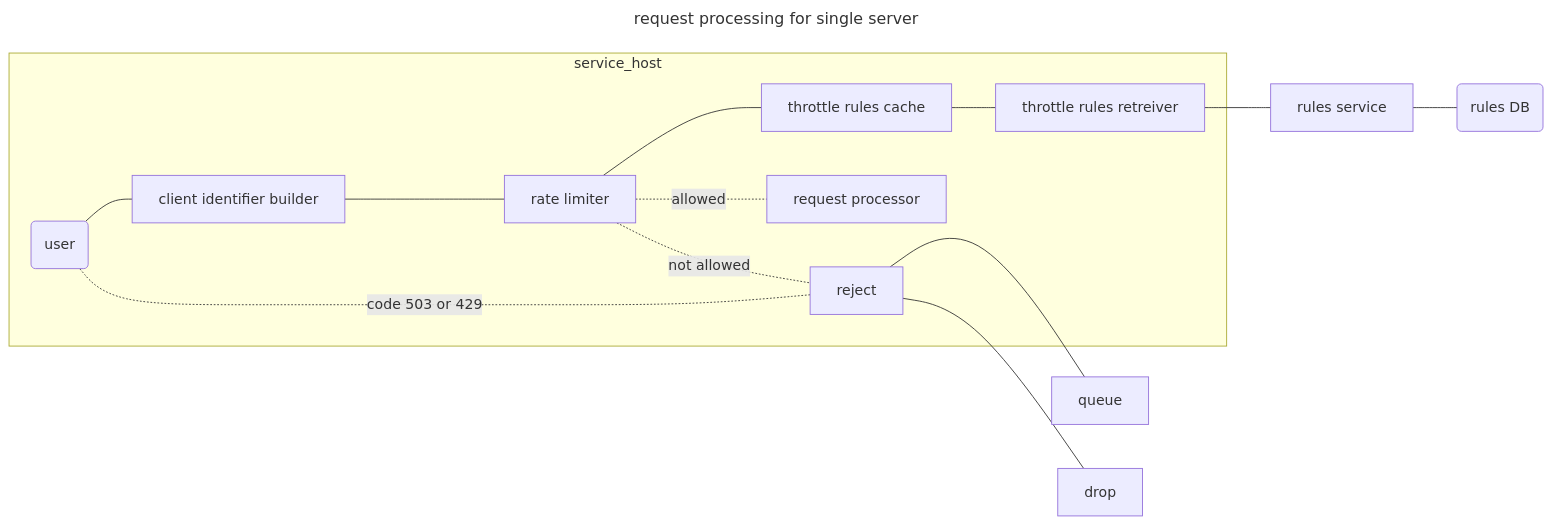
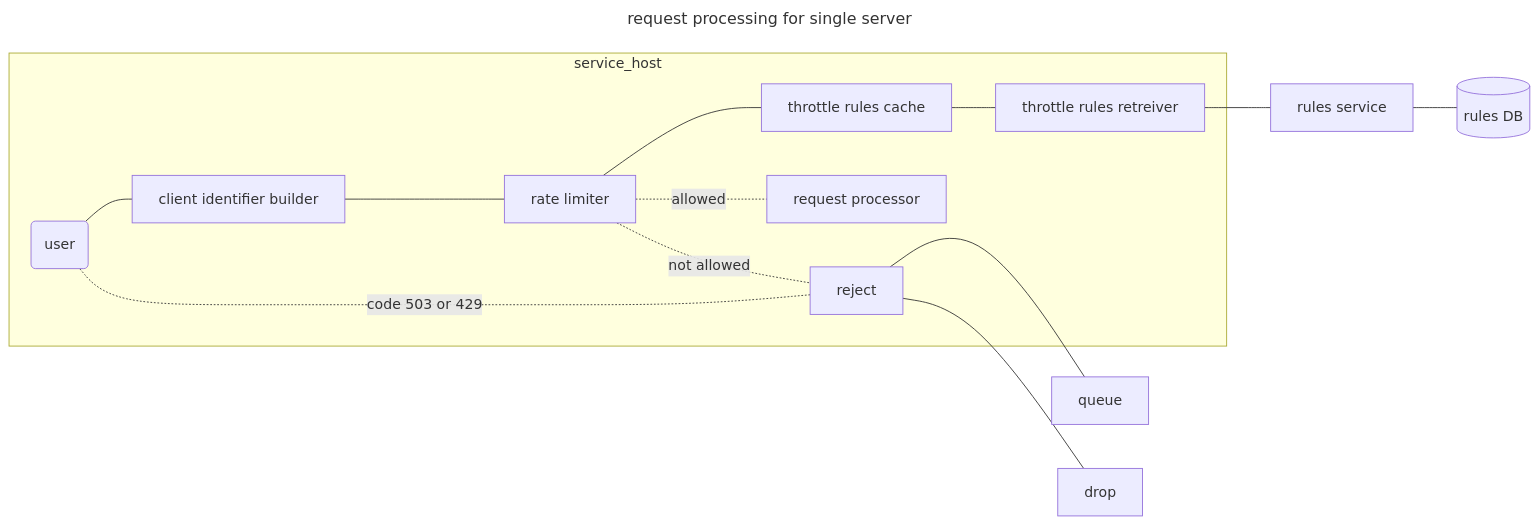
One commit to brk-a/system-design changed the first of 3 diagrams in 0x06-rate_limiter/0-rate_limiter.md. Above: the diagram before and after it, drawn with Mermaid. The commit also changed other lines of this file, not shown here.

````diff
--- a/0x06-rate_limiter/0-rate_limiter.md
+++ b/0x06-rate_limiter/0-rate_limiter.md
@@ -50,20 +50,20 @@
     ```mermaid
     ---
     title: request processing for single server
     ---
     flowchart LR
     A(user)
     subgraph service_host
     A---B[client identifier builder]
     B---C[rate limiter]
     C---D[throttle rules cache]
     D---E[throttle rules retreiver]
     C-.allowed.-H[request processor]
     C-.not allowed.-I[reject]
     end
     E---F[rules service]
-    F---G(rules DB)
+    F---G[(rules DB)]
     I-.code 503 or 429.-A
     I---J[queue]
     I---K[drop]
     ```
````
